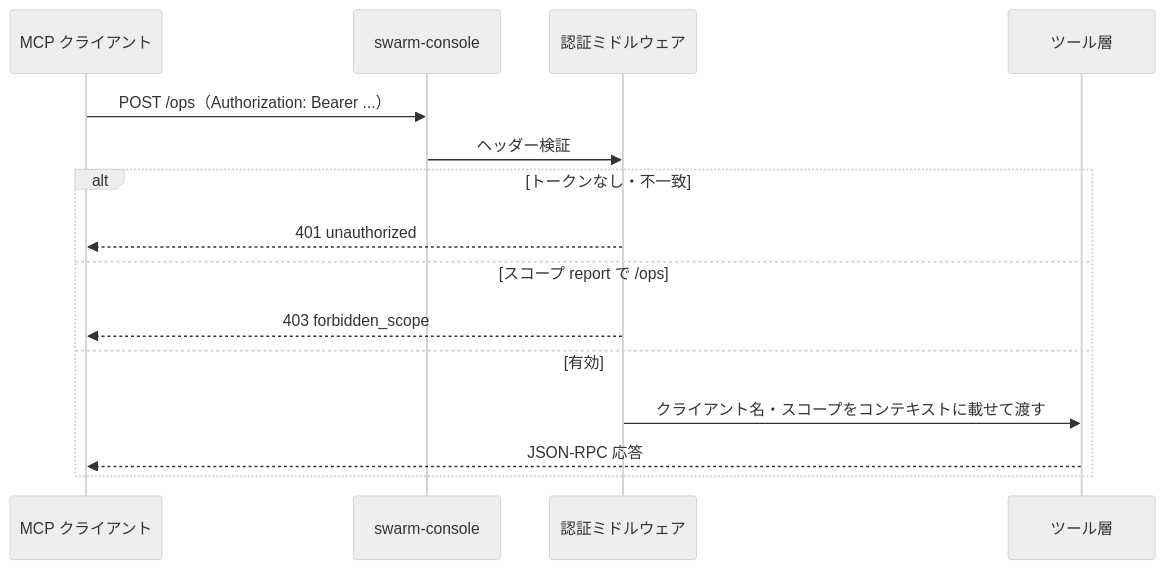
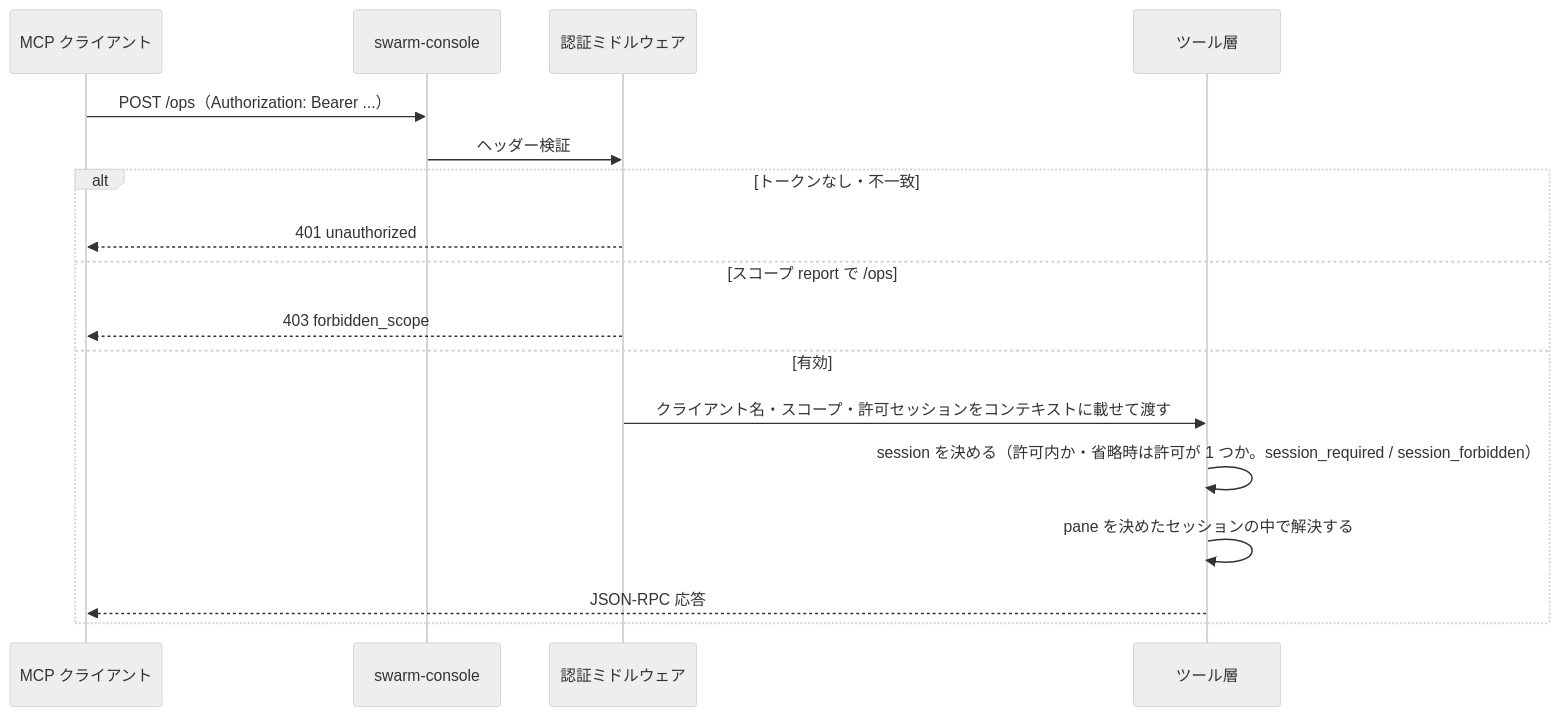
Before and after one commit to ousiassllc/swarm-console: the third of 6 diagrams in docs/architecture/overview.md, drawn with Mermaid (neutral theme). The commit also changed other lines of this file and 17 other files, not shown here.

````diff
--- a/docs/architecture/overview.md
+++ b/docs/architecture/overview.md
@@ -114,18 +114,20 @@
 ```mermaid
 sequenceDiagram
     participant C as MCP クライアント
     participant S as swarm-console
     participant A as 認証ミドルウェア
     participant T as ツール層
 
     C->>S: POST /ops（Authorization: Bearer ...）
     S->>A: ヘッダー検証
     alt トークンなし・不一致
         A-->>C: 401 unauthorized
     else スコープ report で /ops
         A-->>C: 403 forbidden_scope
     else 有効
-        A->>T: クライアント名・スコープをコンテキストに載せて渡す
+        A->>T: クライアント名・スコープ・許可セッションをコンテキストに載せて渡す
+        T->>T: session を決める（許可内か・省略時は許可が 1 つか。session_required / session_forbidden）
+        T->>T: pane を決めたセッションの中で解決する
         T-->>C: JSON-RPC 応答
     end
 ```
````
